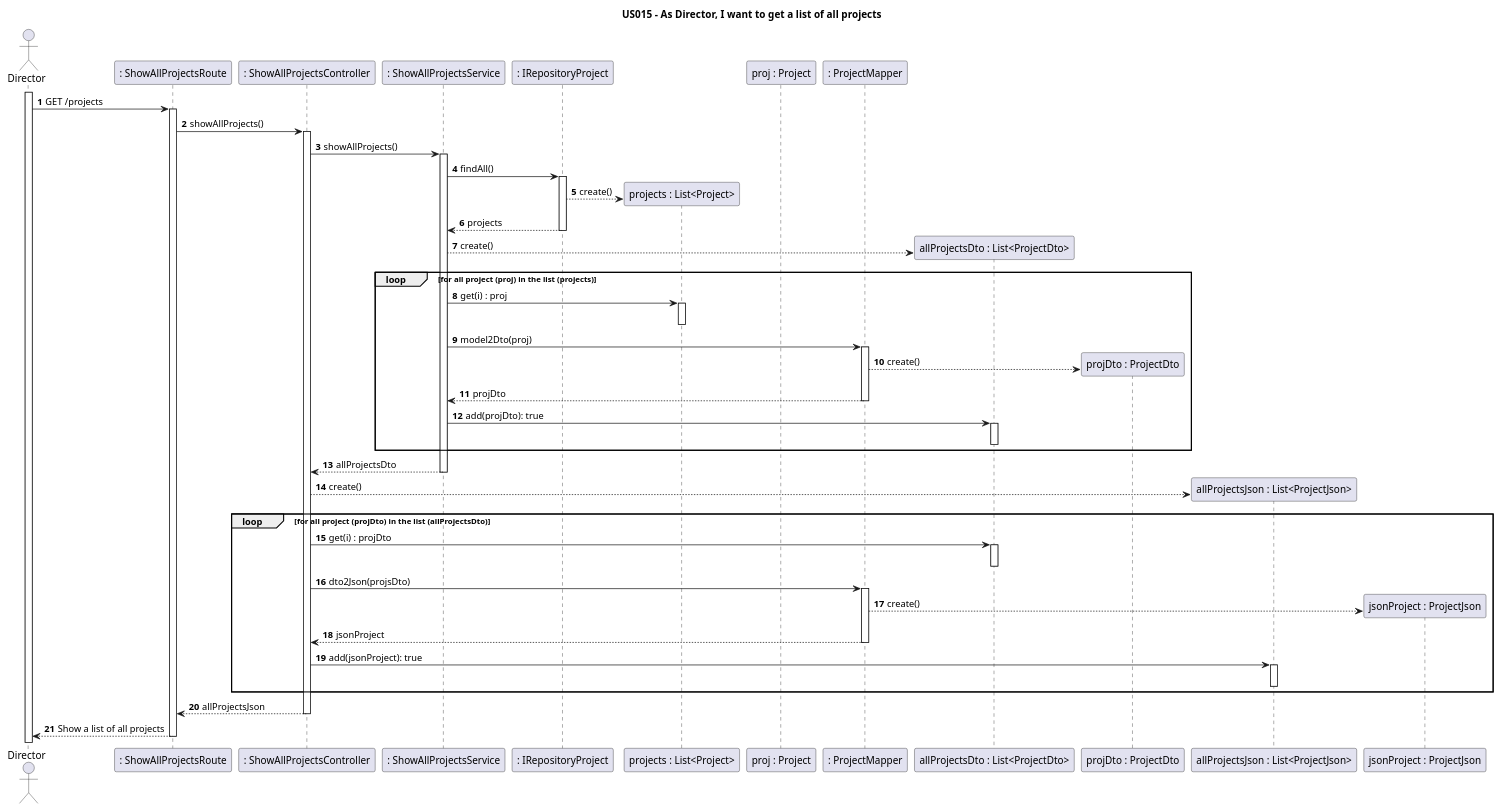
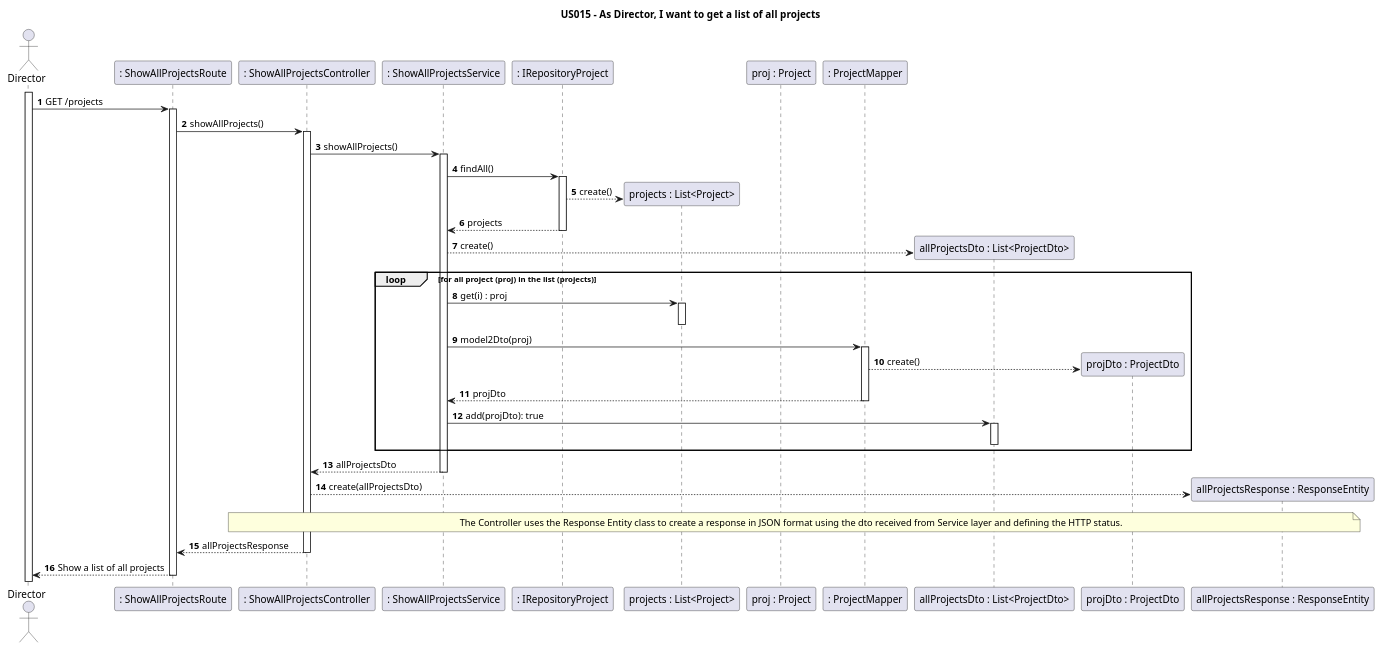
Before and after one commit to nunogon1211787/projectManagement: the diagram in docs/Sprint2/US015/US015-SD.puml, drawn with PlantUML. The commit also changed 13 other files, not shown here.

Commit message:
US017: Implementation: redo code with new diagrams to a DDD/Onion Architecture/Restful API project. Addresses #160

```diff
--- a/docs/Sprint2/US015/US015-SD.puml
+++ b/docs/Sprint2/US015/US015-SD.puml
@@ -1,79 +1,64 @@
 @startuml
 'https://plantuml.com/sequence-diagram
 
 title US015 - As Director, I want to get a list of all projects
 
 autonumber
 
 actor Director as actor
 participant ": ShowAllProjectsRoute" as Route
 participant ": ShowAllProjectsController" as Ctrl
 participant ": ShowAllProjectsService" as Srv
 participant ": IRepositoryProject" as store
 participant "projects : List<Project>" as list
 participant "proj : Project" as proj
 participant ": ProjectMapper" as map
 participant "allProjectsDto : List<ProjectDto>" as listDto
 participant "projDto : ProjectDto" as dto
-participant "allProjectsJson : List<ProjectJson>" as listJson
-participant "jsonProject : ProjectJson" as json
+participant "allProjectsResponse : ResponseEntity" as json
 
 activate actor
 autoactivate on
 
 actor -> Route: GET /projects
 
 Route -> Ctrl: showAllProjects()
 
 Ctrl -> Srv: showAllProjects()
 
 Srv -> store: findAll()
 
 store --> list**: create()
 
 store --> Srv: projects
 
 Srv --> listDto**: create()
 
 loop for all project (proj) in the list (projects)
 
 Srv -> list: get(i) : proj
 deactivate
 
 Srv -> map: model2Dto(proj)
 
 map --> dto**: create()
 
 map --> Srv : projDto
 
 Srv -> listDto: add(projDto): true
 deactivate
 
 end
 
 Srv --> Ctrl: allProjectsDto
 
-Ctrl --> listJson**: create()
+Ctrl --> json**: create(allProjectsDto)
 
-loop for all project (projDto) in the list (allProjectsDto)
+note over Ctrl, json : The Controller uses the Response Entity class to create a response in JSON format using the dto received from Service layer and defining the HTTP status.
 
-Ctrl -> listDto: get(i) : projDto
-deactivate
-
-Ctrl -> map: dto2Json(projsDto)
-
-map --> json**: create()
-
-map --> Ctrl : jsonProject
-
-Ctrl -> listJson: add(jsonProject): true
-deactivate
-
-end
-
-Ctrl --> Route: allProjectsJson
+Ctrl --> Route: allProjectsResponse
 
 Route --> actor: Show a list of all projects
 
 
 @enduml
```
